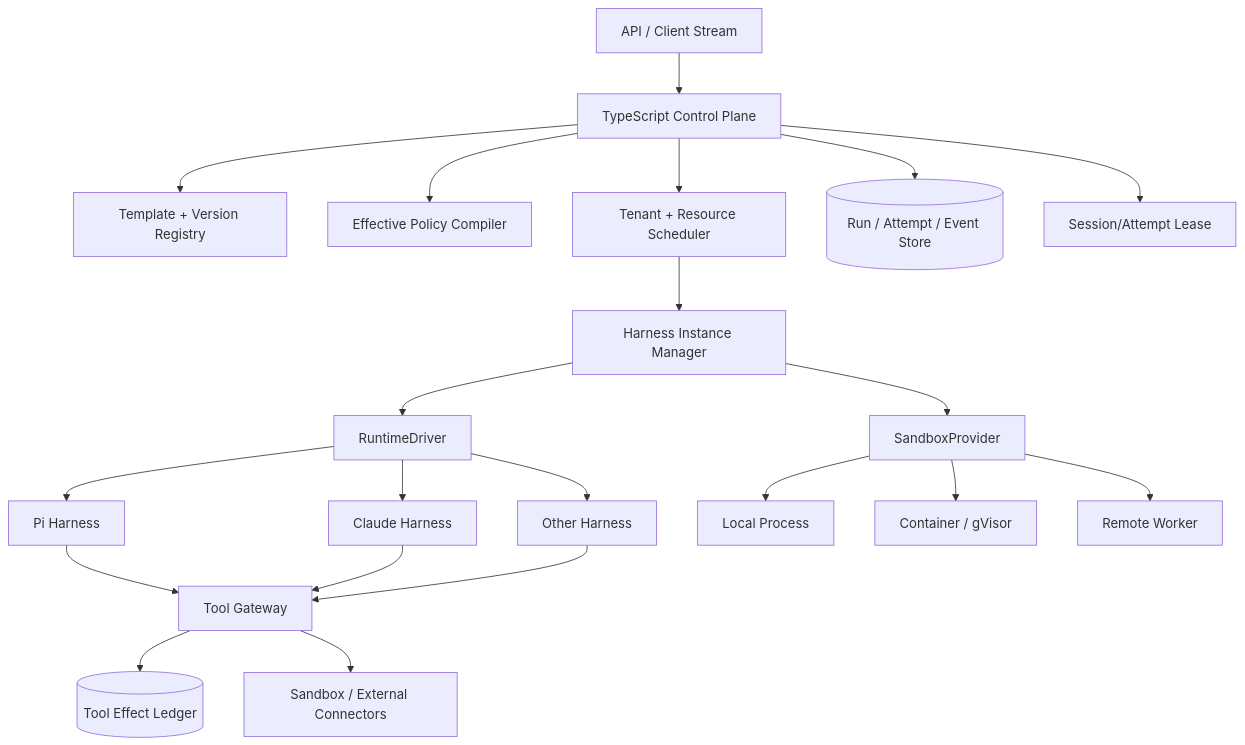
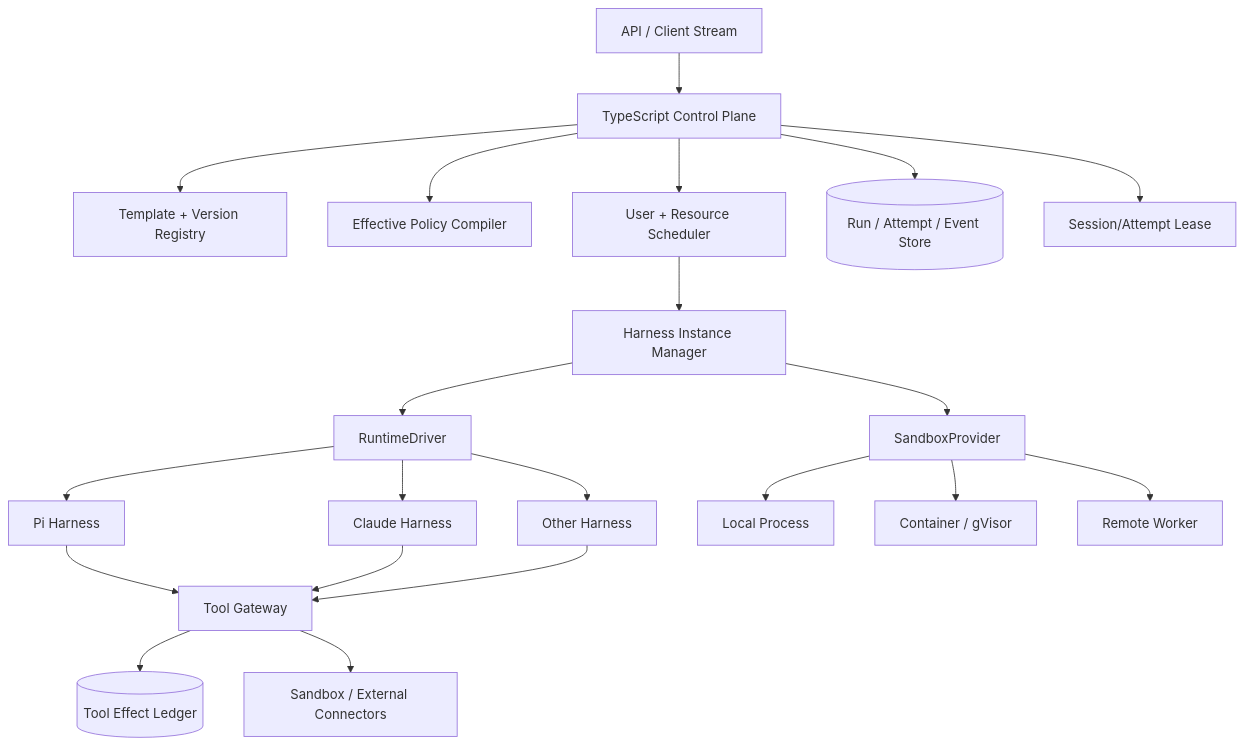
One commit to lilyeggy/VRAM-Aware-Harness changed the third of 3 diagrams in docs/archive/google-ax-deep-analysis.zh-CN.md. Above: the diagram before and after it, drawn with Mermaid. The commit also changed other lines of this file and 218 other files, not shown here.

First line of the commit message:
refactor(scope): 隔离域从 tenant 收敛到 user，并新增迁移 v5

````diff
--- a/docs/archive/google-ax-deep-analysis.zh-CN.md
+++ b/docs/archive/google-ax-deep-analysis.zh-CN.md
@@ -1379,26 +1379,26 @@
 ```mermaid
 flowchart TB
     API["API / Client Stream"] --> CP["TypeScript Control Plane"]
     CP --> Template["Template + Version Registry"]
     CP --> Policy["Effective Policy Compiler"]
-    CP --> Scheduler["Tenant + Resource Scheduler"]
+    CP --> Scheduler["User + Resource Scheduler"]
     CP --> Attempts[("Run / Attempt / Event Store")]
     CP --> Lease["Session/Attempt Lease"]
 
     Scheduler --> Instance["Harness Instance Manager"]
     Instance --> Provider["SandboxProvider"]
     Instance --> Driver["RuntimeDriver"]
     Driver --> Pi["Pi Harness"]
     Driver --> Claude["Claude Harness"]
     Driver --> Other["Other Harness"]
 
     Pi --> Gateway["Tool Gateway"]
     Claude --> Gateway
     Other --> Gateway
     Gateway --> Ledger[("Tool Effect Ledger")]
     Gateway --> Sandbox["Sandbox / External Connectors"]
 
     Provider --> Local["Local Process"]
     Provider --> Container["Container / gVisor"]
     Provider --> Remote["Remote Worker"]
 ```
````
